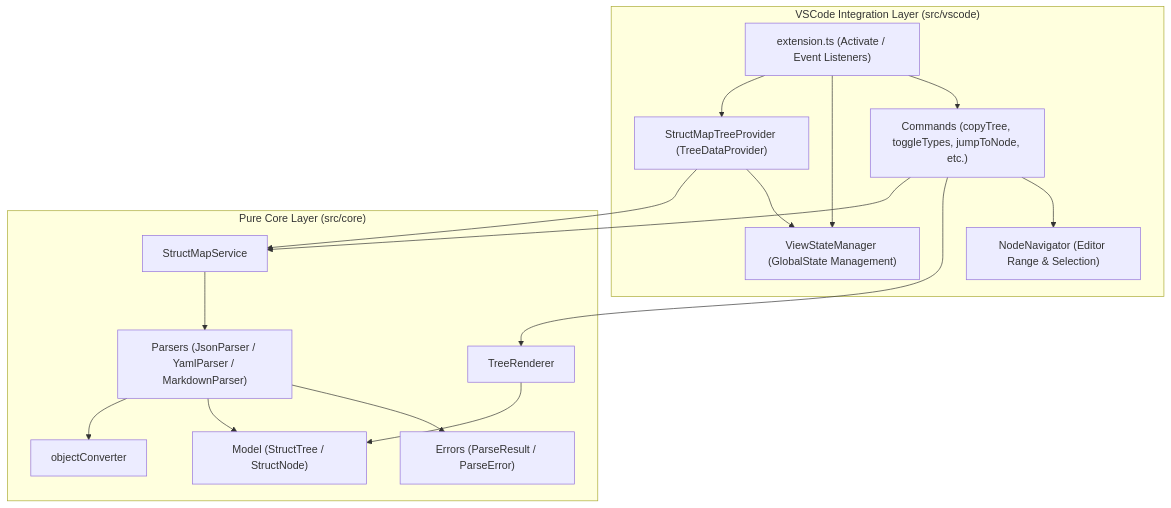
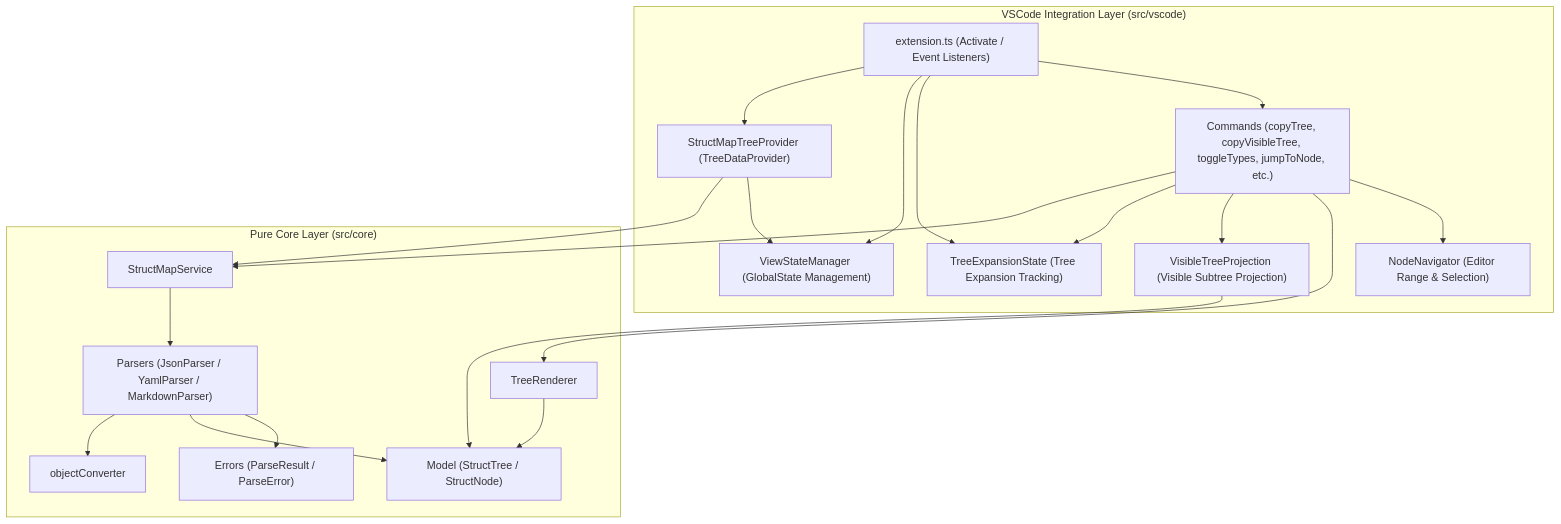
The first of 2 diagrams in docs/ARCHITECTURE.md (masanori-satake/StructMap-Solo), drawn with Mermaid before and after one commit. The commit also changed other lines of this file and 16 other files, not shown here.

First line of the commit message:
feat: Copy Visible Tree 機能を実装 (#41)

````diff
--- a/docs/ARCHITECTURE.md
+++ b/docs/ARCHITECTURE.md
@@ -39,33 +39,39 @@
 ```mermaid
 graph TD
     subgraph VSCode_Layer ["VSCode Integration Layer (src/vscode)"]
         Ext["extension.ts (Activate / Event Listeners)"]
         TreeProv["StructMapTreeProvider (TreeDataProvider)"]
         Navigator["NodeNavigator (Editor Range & Selection)"]
         StateMgr["ViewStateManager (GlobalState Management)"]
-        Cmds["Commands (copyTree, toggleTypes, jumpToNode, etc.)"]
+        ExpState["TreeExpansionState (Tree Expansion Tracking)"]
+        Projection["VisibleTreeProjection (Visible Subtree Projection)"]
+        Cmds["Commands (copyTree, copyVisibleTree, toggleTypes, jumpToNode, etc.)"]
     end
 
     subgraph Core_Layer ["Pure Core Layer (src/core)"]
         Service["StructMapService"]
         Parsers["Parsers (JsonParser / YamlParser / MarkdownParser)"]
         Converter["objectConverter"]
         Model["Model (StructTree / StructNode)"]
         Renderer["TreeRenderer"]
         Errors["Errors (ParseResult / ParseError)"]
     end
 
     Ext --> TreeProv
     Ext --> StateMgr
+    Ext --> ExpState
     Ext --> Cmds
     TreeProv --> Service
     TreeProv --> StateMgr
     Cmds --> Service
+    Cmds --> ExpState
+    Cmds --> Projection
     Cmds --> Renderer
     Cmds --> Navigator
+    Projection --> Model
     Service --> Parsers
     Parsers --> Converter
     Parsers --> Model
     Parsers --> Errors
     Renderer --> Model
 ```
````
